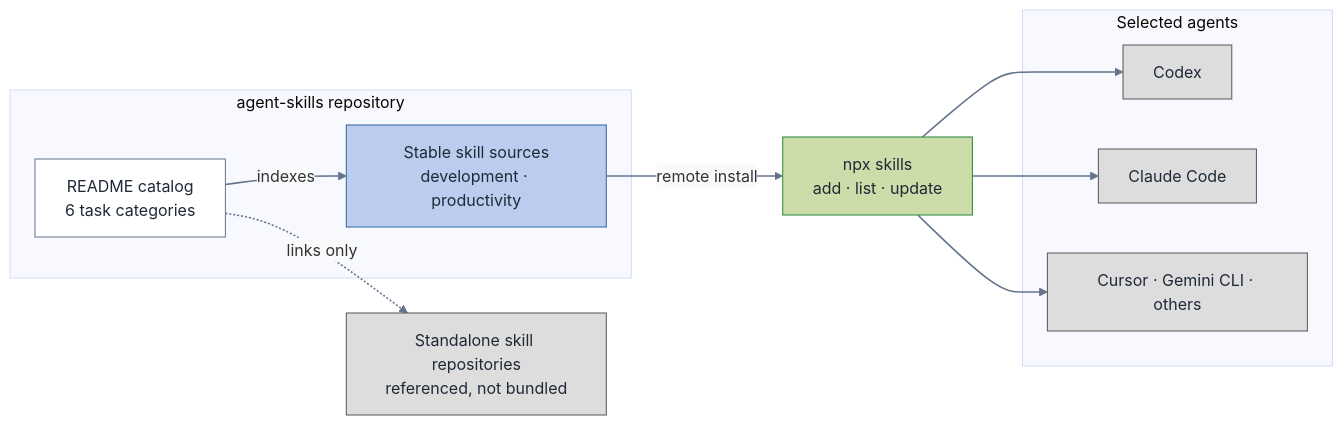
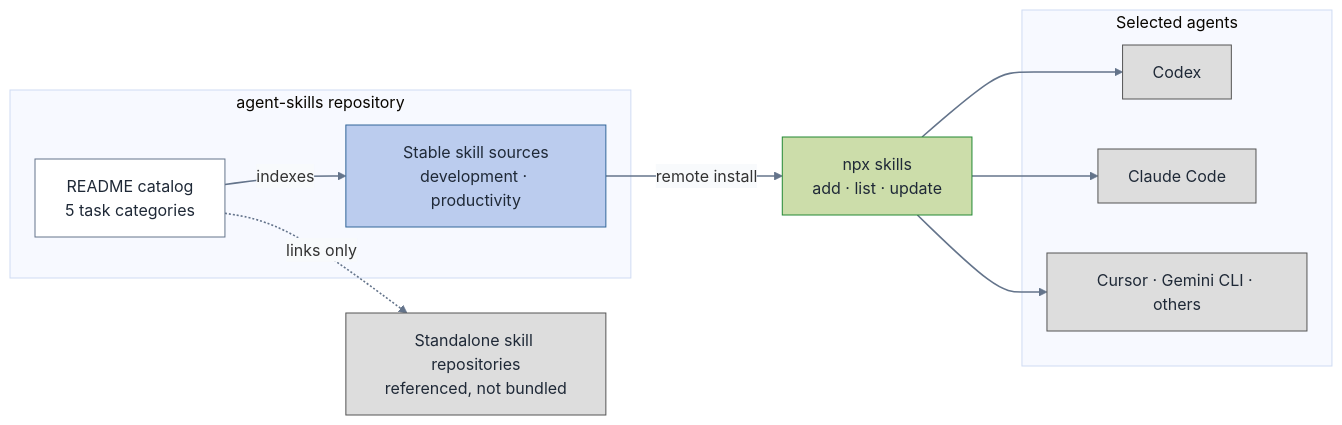
One commit to gigio1023/agent-skills changed the diagram in docs/repo-structure.md. Above: the diagram before and after it, drawn with Mermaid. The commit also changed other lines of this file and 7 other files, not shown here.

````diff
--- a/docs/repo-structure.md
+++ b/docs/repo-structure.md
@@ -14,42 +14,42 @@
 ```mermaid
 ---
 config:
   theme: base
   themeVariables:
     textColor: "#1f2937"
     edgeLabelBackground: "#f8fafc"
 ---
 flowchart LR
   accTitle: agent-skills catalog, source, and installation boundaries
   accDescr: The README groups skills by task. Stable source paths flow through the Skills CLI into selected agents, while standalone repositories are referenced only.
 
   subgraph repo ["agent-skills repository"]
-    IDX["README catalog<br/>6 task categories"]
+    IDX["README catalog<br/>5 task categories"]
     SRC["Stable skill sources<br/>development · productivity"]
   end
 
   CLI["npx skills<br/>add · list · update"]
 
   subgraph agents ["Selected agents"]
     CX["Codex"]
     CC["Claude Code"]
     OT["Cursor · Gemini CLI · others"]
   end
 
   EXT["Standalone skill repositories<br/>referenced, not bundled"]
 
   IDX -->|indexes| SRC
   SRC -->|remote install| CLI
   CLI --> CX & CC & OT
   IDX -.->|links only| EXT
 
   classDef source fill:#BBCCEE,stroke:#336699,color:#1f2937;
   classDef installer fill:#CCDDAA,stroke:#228833,color:#1f2937;
   classDef outside fill:#DDDDDD,stroke:#555555,color:#1f2937;
   classDef index fill:#ffffff,stroke:#64748b,color:#1f2937;
   class IDX index;
   class SRC source;
   class CLI installer;
   class CX,CC,OT,EXT outside;
   linkStyle default stroke:#64748b,stroke-width:1.6px;
 ```
````
